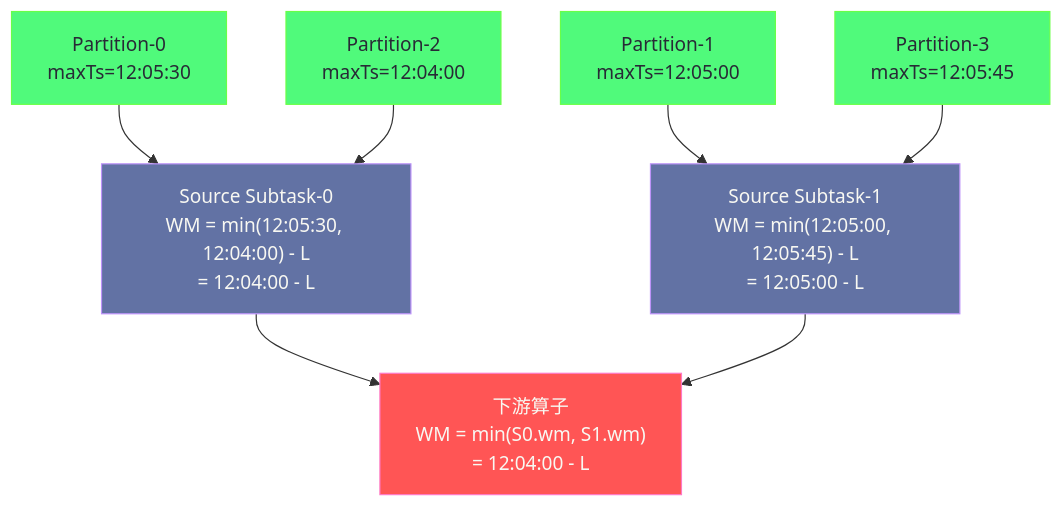
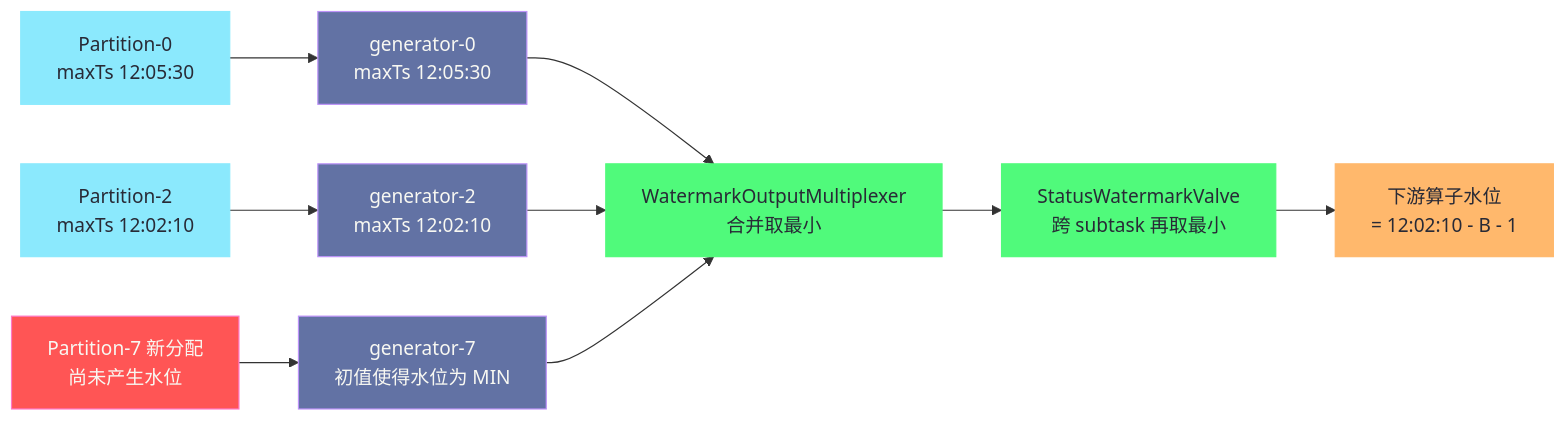
One commit to hpliStartAgain/my-brain changed the sixth of 6 diagrams in content/大数据/Flink/Flink原理深度解析与性能优化/07 Flink 时间与 Watermark 底层机制.md. Above: the diagram before and after it, drawn with Mermaid. The commit also changed other lines of this file and 455 other files, not shown here.

````diff
--- a/content/大数据/Flink/Flink原理深度解析与性能优化/07 Flink 时间与 Watermark 底层机制.md
+++ b/content/大数据/Flink/Flink原理深度解析与性能优化/07 Flink 时间与 Watermark 底层机制.md
@@ -152,24 +496,29 @@
 ```mermaid
 %%{init: {'theme': 'dracula'}}%%
-graph TD
-    classDef source fill:#50fa7b,stroke:#69ff47,color:#282a36
-    classDef op fill:#6272a4,stroke:#bd93f9,color:#f8f8f2
-    classDef wm fill:#ff5555,stroke:#ff79c6,color:#f8f8f2
+flowchart LR
+    classDef part fill:#8be9fd,stroke:#8be9fd,color:#282a36
+    classDef gen fill:#6272a4,stroke:#bd93f9,color:#f8f8f2
+    classDef mux fill:#50fa7b,stroke:#50fa7b,color:#282a36
+    classDef down fill:#ffb86c,stroke:#ffb86c,color:#282a36
+    classDef newp fill:#ff5555,stroke:#ff79c6,color:#f8f8f2
 
-    P0["Partition-0</br>maxTs=12:05:30"]:::source
-    P2["Partition-2</br>maxTs=12:04:00"]:::source
-    P1["Partition-1</br>maxTs=12:05:00"]:::source
-    P3["Partition-3</br>maxTs=12:05:45"]:::source
+    P0["Partition-0<br/>maxTs 12:05:30"]:::part
+    P2["Partition-2<br/>maxTs 12:02:10"]:::part
+    P7["Partition-7 新分配<br/>尚未产生水位"]:::newp
 
-    S0["Source Subtask-0</br>WM = min(12:05:30, 12:04:00) - L</br>= 12:04:00 - L"]:::op
-    S1["Source Subtask-1</br>WM = min(12:05:00, 12:05:45) - L</br>= 12:05:00 - L"]:::op
+    G0["generator-0<br/>maxTs 12:05:30"]:::gen
+    G2["generator-2<br/>maxTs 12:02:10"]:::gen
+    G7["generator-7<br/>初值使得水位为 MIN"]:::gen
 
-    OP["下游算子</br>WM = min(S0.wm, S1.wm)</br>= 12:04:00 - L"]:::wm
+    M["WatermarkOutputMultiplexer<br/>合并取最小"]:::mux
+    V["StatusWatermarkValve<br/>跨 subtask 再取最小"]:::mux
+    D["下游算子水位<br/>= 12:02:10 - B - 1"]:::down
 
-    P0 --> S0
-    P2 --> S0
-    P1 --> S1
-    P3 --> S1
-    S0 --> OP
-    S1 --> OP
+    P0 --> G0
+    P2 --> G2
+    P7 --> G7
+    G0 --> M
+    G2 --> M
+    G7 --> M
+    M --> V --> D
 ```
````
